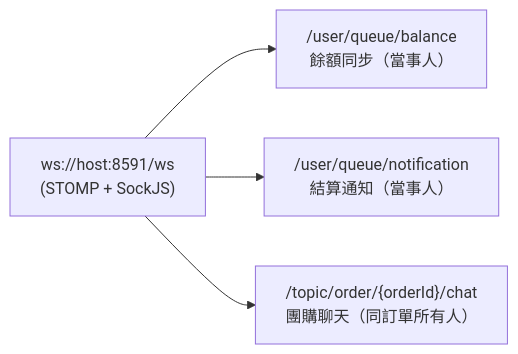
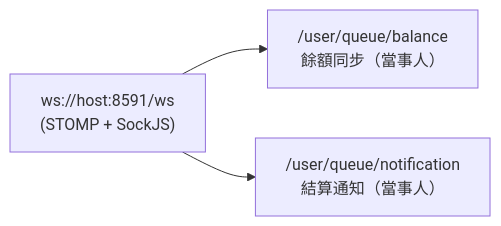
The fifth of 6 diagrams in README.md (AlleyCC/order_sys), drawn with Mermaid before and after one commit. The commit also changed 4 other files, not shown here.

Commit message:
[refactor] remove unused order chat endpoint and its broker prefixes

````diff
--- a/README.md
+++ b/README.md
@@ -223,8 +223,7 @@
 ```mermaid
 flowchart LR
     WS["ws://host:8591/ws<br/>(STOMP + SockJS)"]
 
     WS --> B["/user/queue/balance<br/>餘額同步（當事人）"]
     WS --> N["/user/queue/notification<br/>結算通知（當事人）"]
-    WS --> CH["/topic/order/{orderId}/chat<br/>團購聊天（同訂單所有人）"]
 ```
````
